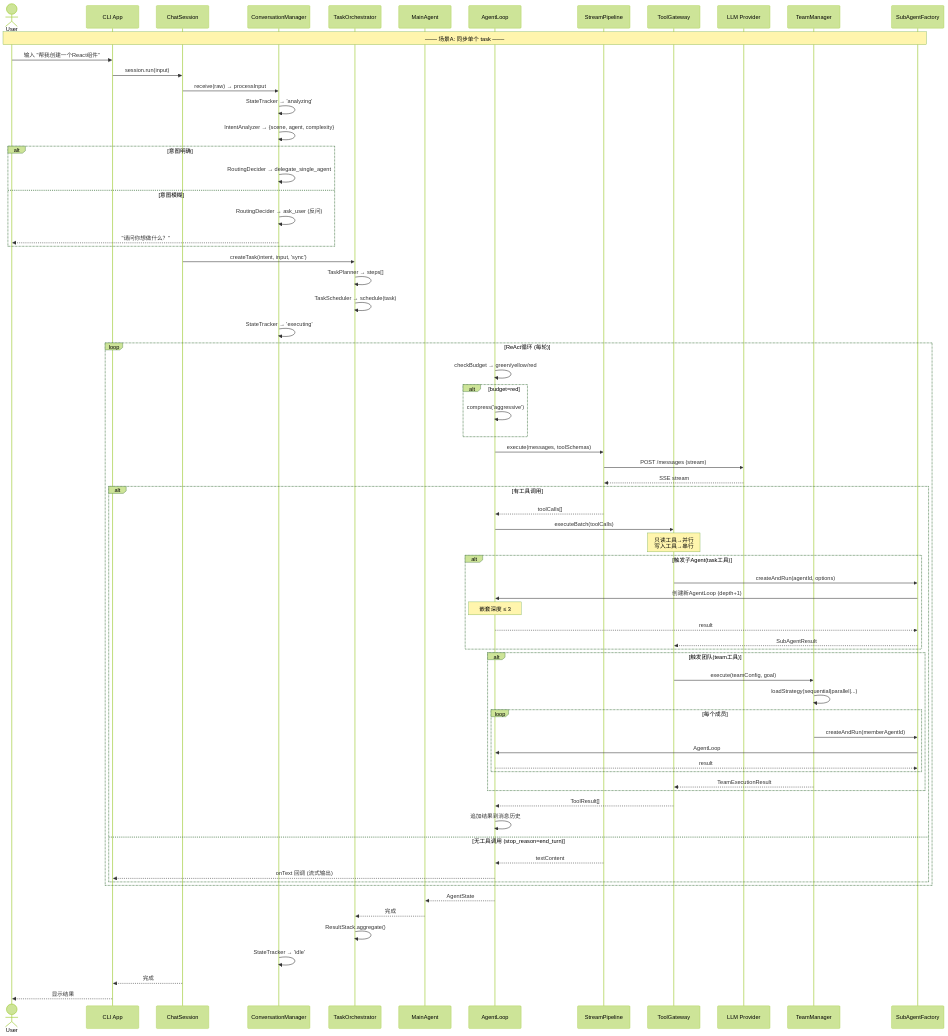
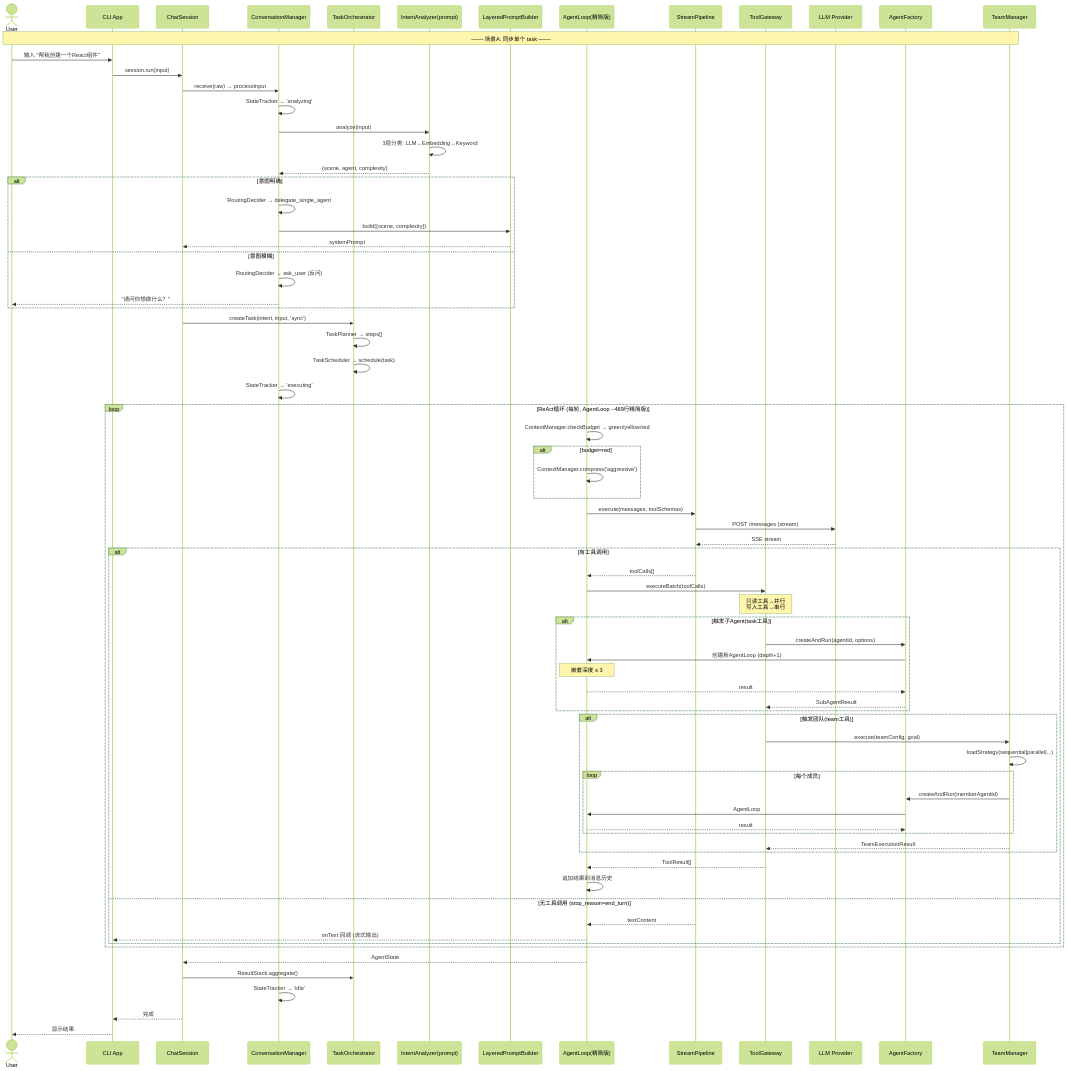
One commit to shibit-net/xuanji changed the third of 10 diagrams in docs/architecture-scenarios.md. Above: the diagram before and after it, drawn with Mermaid (forest theme). The commit also changed other lines of this file and 476 other files, not shown here.

```diff
--- a/docs/architecture-scenarios.md
+++ b/docs/architecture-scenarios.md
@@ -153,25 +180,30 @@
     participant CS as ChatSession
     participant CM as ConversationManager
     participant TO as TaskOrchestrator
-    participant MA as MainAgent
-    participant AL as AgentLoop
+    participant IA as IntentAnalyzer(prompt)
+    participant LP as LayeredPromptBuilder
+    participant AL as AgentLoop(精简版)
     participant SP as StreamPipeline
     participant TG as ToolGateway
     participant LLM as LLM Provider
+    participant AF as AgentFactory
     participant TM as TeamManager
-    participant SF as SubAgentFactory
 
-    Note over User,SF: ─── 场景A: 同步单个 task ───
+    Note over User,TM: ─── 场景A: 同步单个 task ───
 
     User->>CLI: 输入 "帮我创建一个React组件"
     CLI->>CS: session.run(input)
 
     CS->>CM: receive(raw) → processInput
     CM->>CM: StateTracker → 'analyzing'
-    CM->>CM: IntentAnalyzer → {scene, agent, complexity}
+    CM->>IA: analyze(input)
+    IA->>IA: 3层分类: LLM→Embedding→Keyword
+    IA-->>CM: {scene, agent, complexity}
 
     alt 意图明确
         CM->>CM: RoutingDecider → delegate_single_agent
+        CM->>LP: build({scene, complexity})
+        LP-->>CS: systemPrompt
     else 意图模糊
         CM->>CM: RoutingDecider → ask_user (反问)
         CM-->>User: "请问你想做什么？"
@@ -182,10 +214,10 @@
     TO->>TO: TaskScheduler → schedule(task)
     CM->>CM: StateTracker → 'executing'
 
-    loop ReAct循环 (每轮)
-        AL->>AL: checkBudget → green/yellow/red
+    loop ReAct循环 (每轮, AgentLoop ~469行精简版)
+        AL->>AL: ContextManager.checkBudget → green/yellow/red
         alt budget=red
-            AL->>AL: compress('aggressive')
+            AL->>AL: ContextManager.compress('aggressive')
         end
         AL->>SP: execute(messages, toolSchemas)
         SP->>LLM: POST /messages (stream)
@@ -197,20 +229,20 @@
             Note over TG: 只读工具→并行<br/>写入工具→串行
 
             alt 触发子Agent(task工具)
-                TG->>SF: createAndRun(agentId, options)
-                SF->>AL: 创建新AgentLoop (depth+1)
+                TG->>AF: createAndRun(agentId, options)
+                AF->>AL: 创建新AgentLoop (depth+1)
                 Note over AL: 嵌套深度 ≤ 3
-                AL-->>SF: result
-                SF-->>TG: SubAgentResult
+                AL-->>AF: result
+                AF-->>TG: SubAgentResult
             end
 
             alt 触发团队(team工具)
                 TG->>TM: execute(teamConfig, goal)
                 TM->>TM: loadStrategy(sequential|parallel|...)
                 loop 每个成员
-                    TM->>SF: createAndRun(memberAgentId)
-                    SF->>AL: AgentLoop
-                    AL-->>SF: result
+                    TM->>AF: createAndRun(memberAgentId)
+                    AF->>AL: AgentLoop
+                    AL-->>AF: result
                 end
                 TM-->>TG: TeamExecutionResult
             end
@@ -223,9 +255,8 @@
         end
     end
 
-    AL-->>MA: AgentState
-    MA-->>TO: 完成
-    TO->>TO: ResultStack.aggregate()
+    AL-->>CS: AgentState
+    CS->>TO: ResultStack.aggregate()
     CM->>CM: StateTracker → 'idle'
     CS-->>CLI: 完成
     CLI-->>User: 显示结果
```
